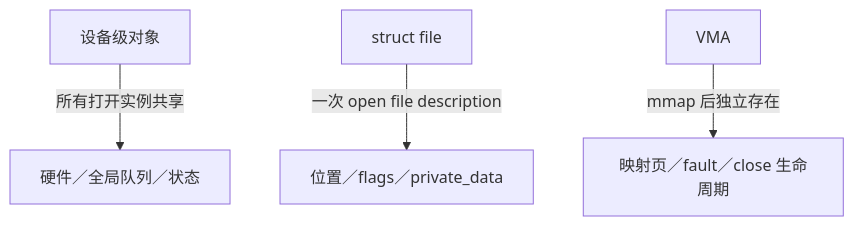
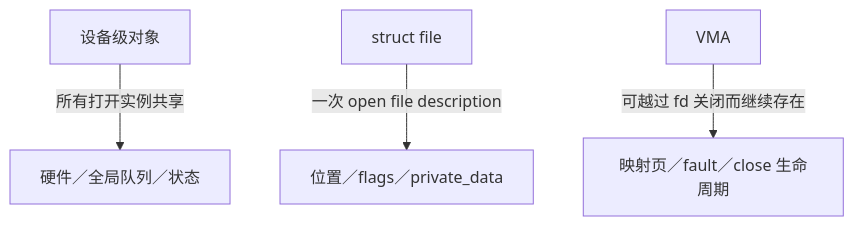
One commit to FormingSystem/linux_note changed the second of 4 diagrams in knowledge/driver_model/character_device/P04_文件操作并发与生命周期.md. Above: the diagram before and after it, drawn with Mermaid. The commit also changed other lines of this file and 4 other files, not shown here.

````diff
--- a/knowledge/driver_model/character_device/P04_文件操作并发与生命周期.md
+++ b/knowledge/driver_model/character_device/P04_文件操作并发与生命周期.md
@@ -64,6 +74,6 @@
 ```mermaid
 flowchart TD
     D[设备级对象] -->|所有打开实例共享| H[硬件／全局队列／状态]
     F[struct file] -->|一次 open file description| S[位置／flags／private_data]
-    V[VMA] -->|mmap 后独立存在| M[映射页／fault／close 生命周期]
+    V[VMA] -->|可越过 fd 关闭而继续存在| M[映射页／fault／close 生命周期]
 ```
````
